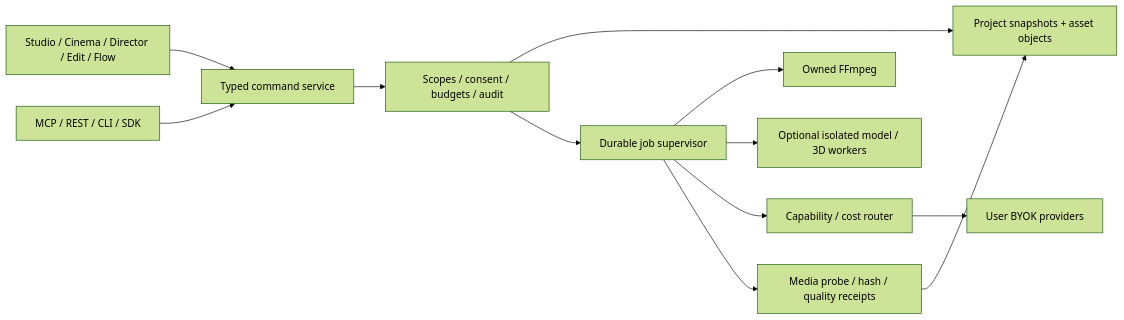
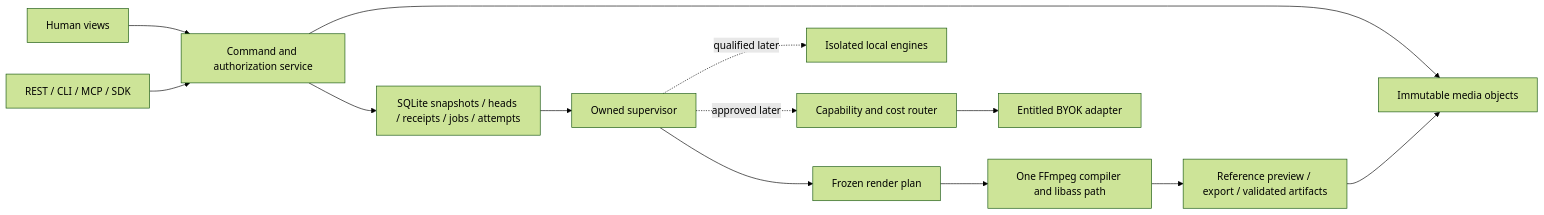
One commit to TheHalfMoon/Darzain changed the diagram in docs/ARCHITECTURE_DECISION.md. Above: the diagram before and after it, drawn with Mermaid (forest theme). The commit also changed other lines of this file and 41 other files, not shown here.

Commit message:
docs: finalize Yamakan architecture and qualification plan

````diff
--- a/docs/ARCHITECTURE_DECISION.md
+++ b/docs/ARCHITECTURE_DECISION.md
@@ -7,14 +5,15 @@
 ```mermaid
 flowchart LR
- UI[Studio / Cinema / Director / Edit / Flow] --> CMD[Typed command service]
- AG[MCP / REST / CLI / SDK] --> CMD
- CMD --> POL[Scopes / consent / budgets / audit]
- POL --> STORE[Project snapshots + asset objects]
- POL --> JOB[Durable job supervisor]
- JOB --> FF[Owned FFmpeg]
- JOB --> LOCAL[Optional isolated model / 3D workers]
- JOB --> ROUTE[Capability / cost router]
- ROUTE --> API[User BYOK providers]
- JOB --> CHECK[Media probe / hash / quality receipts]
- CHECK --> STORE
+ UI[Human views] --> C[Command and authorization service]
+ A[REST / CLI / MCP / SDK] --> C
+ C --> DB[SQLite snapshots / heads / receipts / jobs / attempts]
+ C --> CAS[Immutable media objects]
+ DB --> S[Owned supervisor]
+ S --> IR[Frozen render plan]
+ IR --> FF[One FFmpeg compiler and libass path]
+ FF --> P[Reference preview / export / validated artifacts]
+ S -.qualified later.-> W[Isolated local engines]
+ S -.approved later.-> R[Capability and cost router]
+ R --> B[Entitled BYOK adapter]
+ P --> CAS
 ```
````
